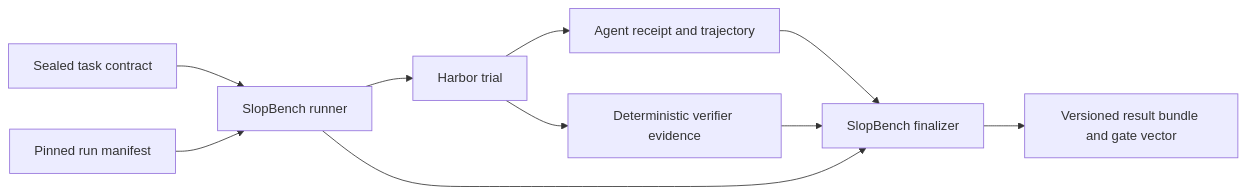
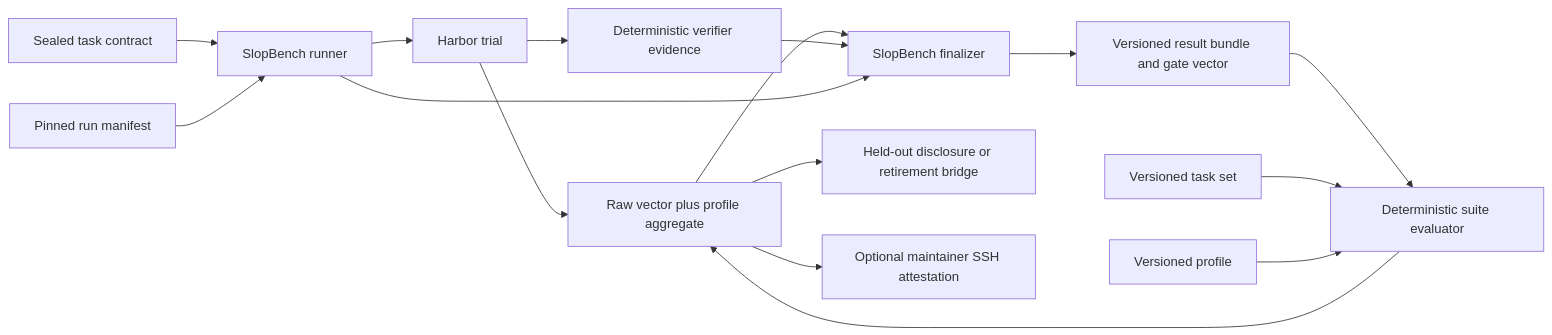
Before and after one commit to uinaf/slopbench: the diagram in docs/ARCHITECTURE.md, drawn with Mermaid. The commit also changed other lines of this file and 29 other files, not shown here.

````diff
--- a/docs/ARCHITECTURE.md
+++ b/docs/ARCHITECTURE.md
@@ -6,12 +6,18 @@
 ```mermaid
 flowchart LR
     T["Sealed task contract"] --> R["SlopBench runner"]
     M["Pinned run manifest"] --> R
     R --> H["Harbor trial"]
     H --> A["Agent receipt and trajectory"]
     H --> V["Deterministic verifier evidence"]
     A --> F["SlopBench finalizer"]
     V --> F
     R --> F
     F --> O["Versioned result bundle and gate vector"]
+    O --> E["Deterministic suite evaluator"]
+    S["Versioned task set"] --> E
+    P["Versioned profile"] --> E
+    E --> A["Raw vector plus profile aggregate"]
+    A --> D["Held-out disclosure or retirement bridge"]
+    A --> X["Optional maintainer SSH attestation"]
 ```
````
